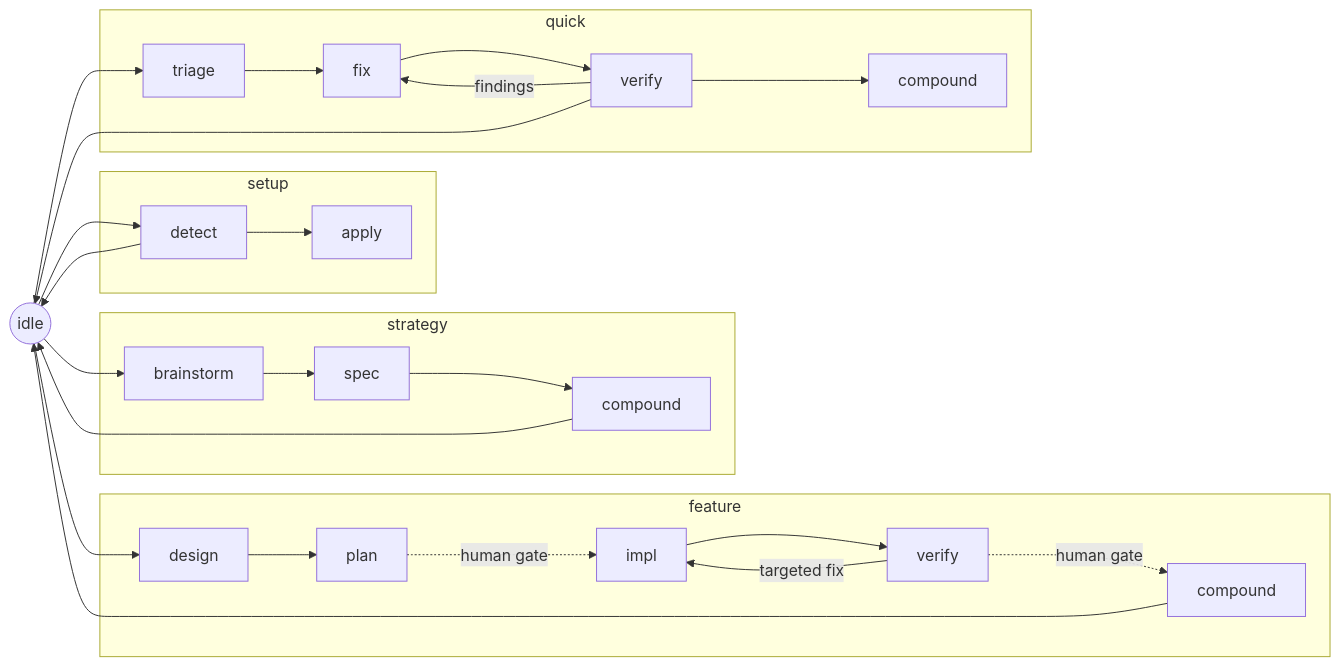
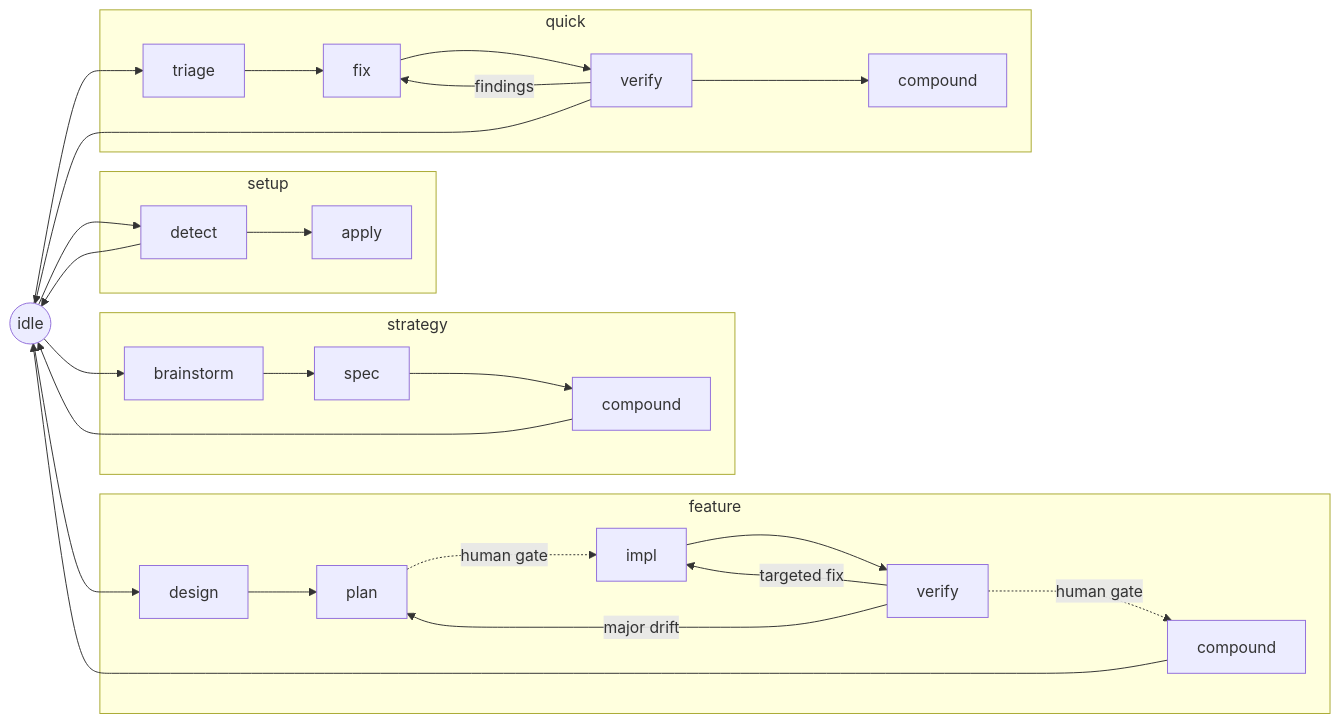
The diagram in flow/README.md (LennardZuendorf/vibe), drawn with Mermaid before and after one commit. The commit also changed other lines of this file and 23 other files, not shown here.

First line of the commit message:
docs(spec): compound flow-mvp, sweep stale claims

````diff
--- a/flow/README.md
+++ b/flow/README.md
@@ -59,26 +59,27 @@
 ```mermaid
 flowchart LR
     I((idle))
     subgraph setup
         SD[detect] --> SA[apply]
     end
     subgraph strategy
         SB[brainstorm] --> SS[spec] --> SC[compound]
     end
     subgraph feature
         D[design] --> P[plan] -. human gate .-> IM[impl] --> V[verify]
         V -. human gate .-> C[compound]
         V -->|targeted fix| IM
+        V -->|major drift| P
     end
     subgraph quick
         T[triage] --> F[fix] --> QV[verify] --> QC[compound]
         QV -->|findings| F
     end
     I --> SD --> I
     I --> SB
     I --> D
     I --> T
     SC --> I
     C --> I
     QV --> I
 ```
````
